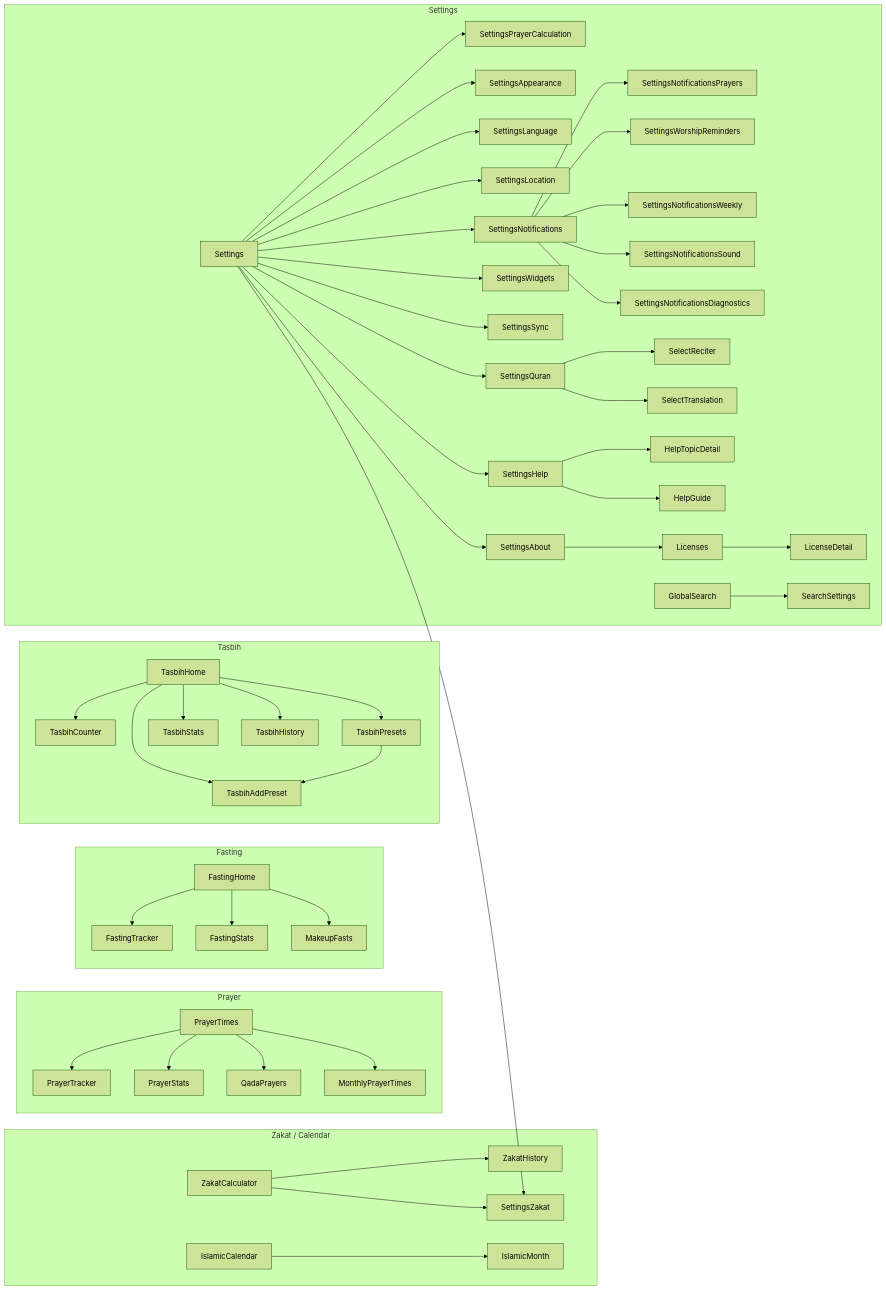
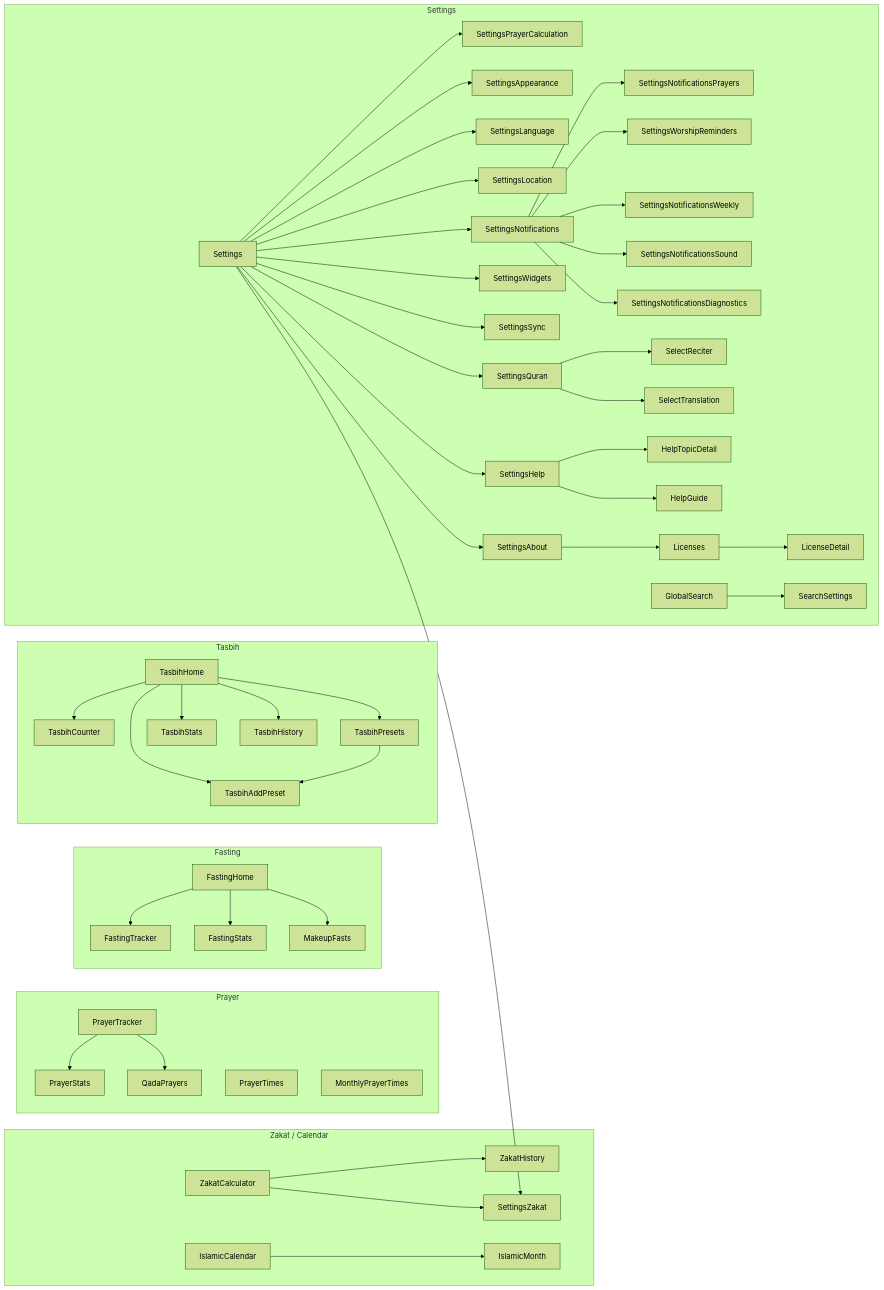
The third of 4 diagrams in docs/NAVIGATION.md (arshad-shah/Nimaz), drawn with Mermaid (forest theme) before and after one commit. The commit also changed 3 other files, not shown here.

````diff
--- a/docs/NAVIGATION.md
+++ b/docs/NAVIGATION.md
@@ -183,34 +183,36 @@
 ```mermaid
 flowchart LR
     subgraph P["Prayer"]
-        PrayerTimes --> PrayerTracker & PrayerStats & QadaPrayers & MonthlyPrayerTimes
+        PrayerTracker --> PrayerStats & QadaPrayers
+        PrayerTimes
+        MonthlyPrayerTimes
     end
 
     subgraph F["Fasting"]
         FastingHome --> FastingTracker & FastingStats & MakeupFasts
     end
 
     subgraph T["Tasbih"]
         TasbihHome --> TasbihCounter & TasbihPresets & TasbihStats & TasbihHistory & TasbihAddPreset
         TasbihPresets --> TasbihAddPreset
     end
 
     subgraph Z["Zakat / Calendar"]
         ZakatCalculator --> ZakatHistory & SettingsZakat
         IslamicCalendar --> IslamicMonth
     end
 
     subgraph S["Settings"]
         Settings --> SettingsPrayerCalculation & SettingsAppearance & SettingsLanguage
         Settings --> SettingsLocation & SettingsQuran & SettingsWidgets & SettingsSync
         Settings --> SettingsZakat
         Settings --> SettingsNotifications & SettingsHelp & SettingsAbout
         SettingsNotifications --> SettingsNotificationsPrayers & SettingsWorshipReminders
         SettingsNotifications --> SettingsNotificationsWeekly & SettingsNotificationsSound
         SettingsNotifications --> SettingsNotificationsDiagnostics
         SettingsQuran --> SelectReciter & SelectTranslation
         SettingsHelp --> HelpTopicDetail & HelpGuide
         SettingsAbout --> Licenses --> LicenseDetail
         GlobalSearch --> SearchSettings
     end
 ```
````
